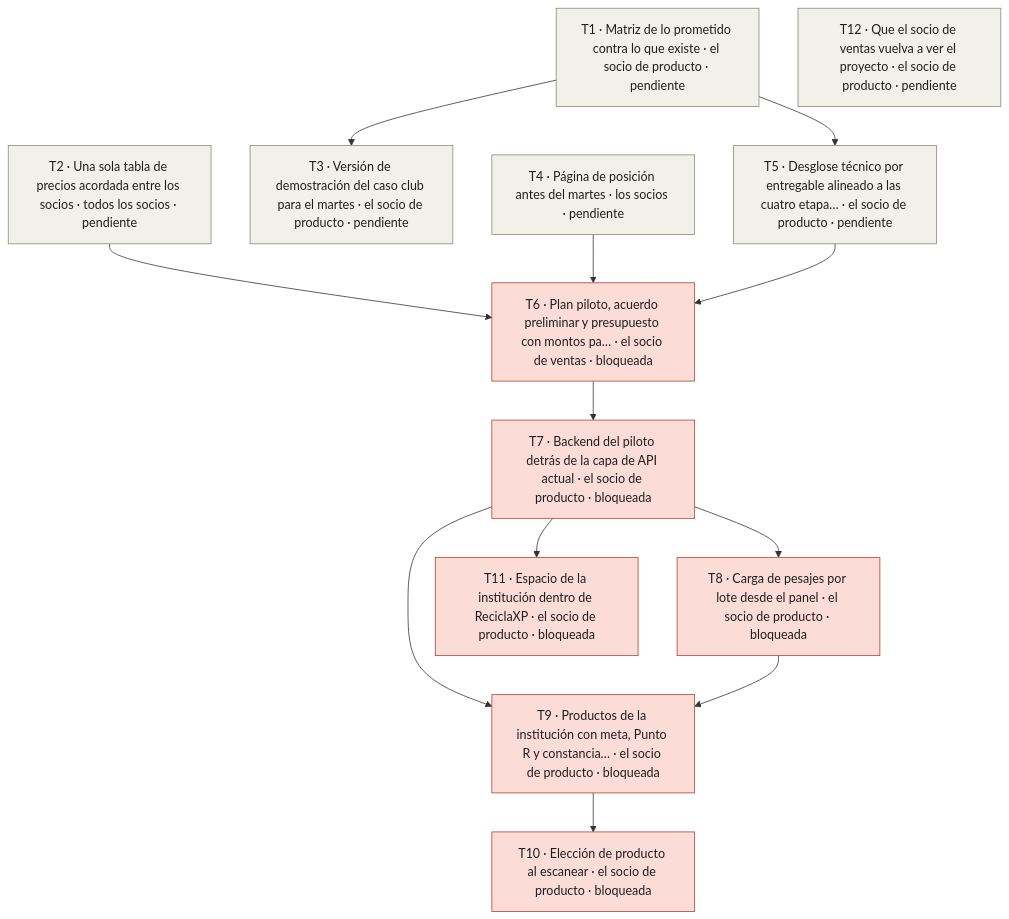
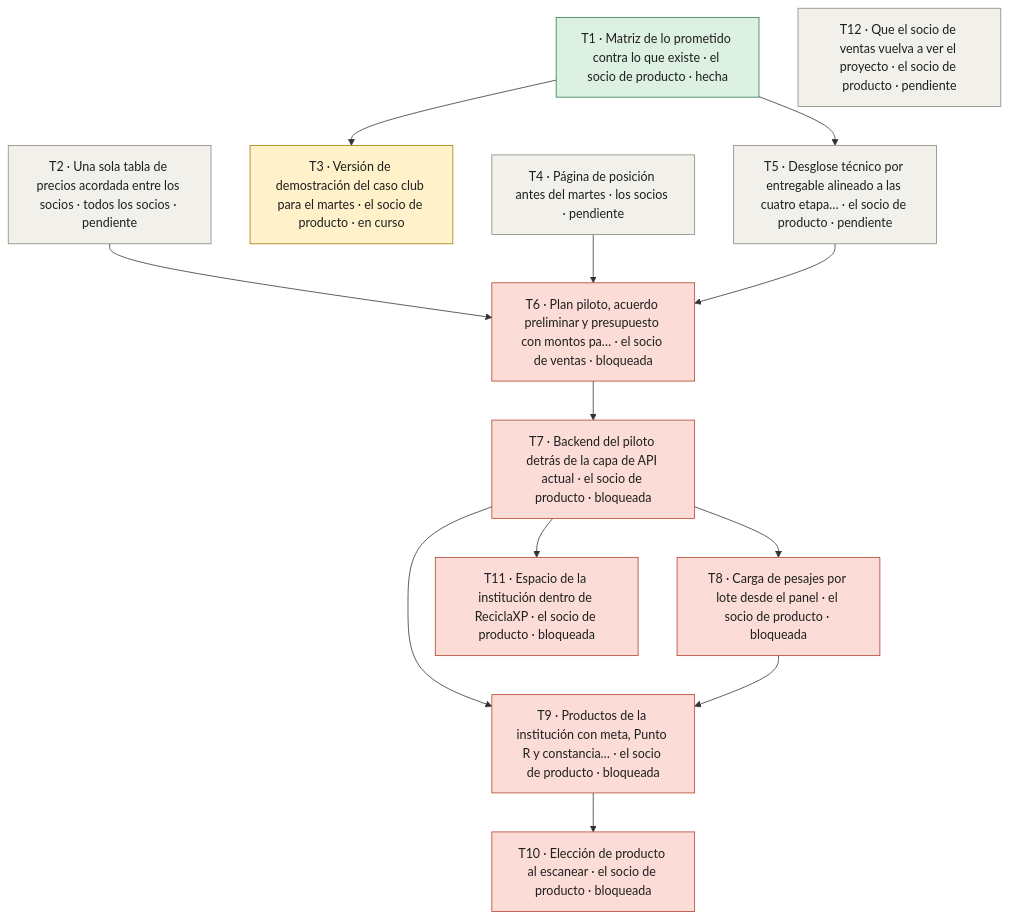
The diagram in docs/producto/reuniones/2026-10-10-plan-de-producto/mapa-tareas.mmd (soyalantapia/reciclaje), drawn with Mermaid before and after one commit. The commit also changed 2 other files, not shown here.

Commit message:
docs(reuniones): acta de la reunión 2026-10-10-plan-de-producto
Archivos: acta.md, tareas.md, diagramas.md, mapa-tareas.mmd
Política: estricta (el repo es público)

```diff
--- a/docs/producto/reuniones/2026-10-10-plan-de-producto/mapa-tareas.mmd
+++ b/docs/producto/reuniones/2026-10-10-plan-de-producto/mapa-tareas.mmd
@@ -1,33 +1,35 @@
 flowchart TD
-  n1["T1 · Matriz de lo prometido contra lo que existe · el socio de producto · pendiente"]
+  n1["T1 · Matriz de lo prometido contra lo que existe · el socio de producto · hecha"]
   n2["T2 · Una sola tabla de precios acordada entre los socios · todos los socios · pendiente"]
-  n3["T3 · Versión de demostración del caso club para el martes · el socio de producto · pendiente"]
+  n3["T3 · Versión de demostración del caso club para el martes · el socio de producto · en curso"]
   n4["T4 · Página de posición antes del martes · los socios · pendiente"]
   n5["T5 · Desglose técnico por entregable alineado a las cuatro etapa… · el socio de producto · pendiente"]
   n6["T6 · Plan piloto, acuerdo preliminar y presupuesto con montos pa… · el socio de ventas · bloqueada"]
   n7["T7 · Backend del piloto detrás de la capa de API actual · el socio de producto · bloqueada"]
   n8["T8 · Carga de pesajes por lote desde el panel · el socio de producto · bloqueada"]
   n9["T9 · Productos de la institución con meta, Punto R y constancia… · el socio de producto · bloqueada"]
   n10["T10 · Elección de producto al escanear · el socio de producto · bloqueada"]
   n11["T11 · Espacio de la institución dentro de ReciclaXP · el socio de producto · bloqueada"]
   n12["T12 · Que el socio de ventas vuelva a ver el proyecto · el socio de producto · pendiente"]
   n1 --> n3
   n1 --> n5
   n2 --> n6
   n4 --> n6
   n5 --> n6
   n6 --> n7
   n7 --> n8
   n7 --> n9
   n8 --> n9
   n9 --> n10
   n7 --> n11
   classDef pendiente fill:#f1f0ea,stroke:#8a877c,color:#1f1f1f
   classDef en_curso fill:#fff1c9,stroke:#a8790b,color:#1f1f1f
   classDef en_pr fill:#e6defa,stroke:#6a4fb0,color:#1f1f1f
   classDef hecha fill:#dcf1e2,stroke:#2f7d4f,color:#1f1f1f
   classDef bloqueada fill:#fbdcd6,stroke:#b0402a,color:#1f1f1f
   classDef descartada fill:#ececec,stroke:#9a9a9a,color:#6b6b6b,stroke-dasharray: 4 3
   classDef desconocido fill:#ffffff,stroke:#555555,color:#1f1f1f,stroke-dasharray: 2 2
-  class n1,n2,n3,n4,n5,n12 pendiente
+  class n2,n4,n5,n12 pendiente
+  class n3 en_curso
+  class n1 hecha
   class n6,n7,n8,n9,n10,n11 bloqueada
```
